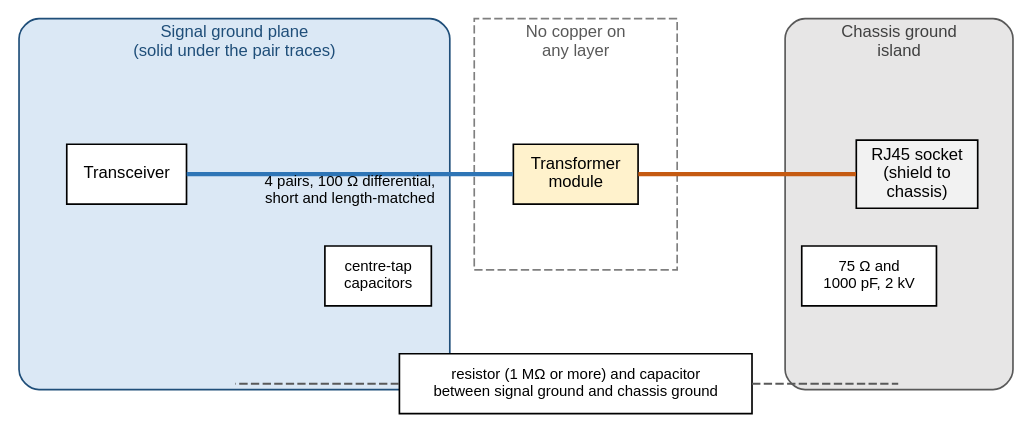
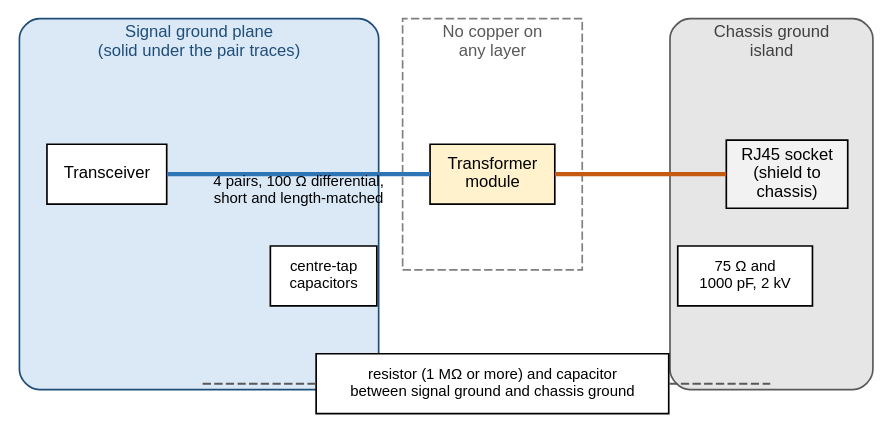
One commit to mithro/evampire changed the diagram in docs/ethernet/magnetics/layout.dot. Above: the diagram before and after it, drawn with Graphviz. The commit also changed 5 other files, not shown here.

Commit message:
Redraw magnetics diagrams to fit the page width; add capacitor-coupled front end

```diff
--- a/docs/ethernet/magnetics/layout.dot
+++ b/docs/ethernet/magnetics/layout.dot
@@ -1,49 +1,49 @@
 // Top view of the board areas around one Ethernet port.
 //
 // SPDX-License-Identifier: Apache-2.0
 
 graph layout_regions {
     graph [layout=neato, splines=line, fontname="Helvetica", fontsize=11,
            outputorder=nodesfirst];
     node  [fontname="Helvetica", fontsize=10, pin=true];
     edge  [fontname="Helvetica", fontsize=9, penwidth=1.3];
 
     // Board areas, drawn as large boxes behind the parts.
-    gnd [pos="1.4,0.75!", shape=box, style="filled,rounded", fillcolor="#dbe8f5",
-         color="#1f4e79", width=3.6, height=3.1, fixedsize=true,
+    gnd [pos="1.20,0.75!", shape=box, style="filled,rounded", fillcolor="#dbe8f5",
+         color="#1f4e79", width=3.0, height=3.1, fixedsize=true,
          label="", xlabel=""];
-    gnd_t [pos="1.4,2.1!", shape=plain, fontcolor="#1f4e79",
+    gnd_t [pos="1.20,2.1!", shape=plain, fontcolor="#1f4e79",
            label="Signal ground plane\n(solid under the pair traces)"];
 
-    keep [pos="4.25,1.25!", shape=box, style="filled,dashed", fillcolor="#ffffff",
-          color="#7f7f7f", width=1.7, height=2.1, fixedsize=true, label=""];
-    keep_t [pos="4.25,2.1!", shape=plain, fontcolor="#595959",
+    keep [pos="3.65,1.25!", shape=box, style="filled,dashed", fillcolor="#ffffff",
+          color="#7f7f7f", width=1.5, height=2.1, fixedsize=true, label=""];
+    keep_t [pos="3.65,2.1!", shape=plain, fontcolor="#595959",
             label="No copper on\nany layer"];
 
-    chas [pos="6.95,0.75!", shape=box, style="filled,rounded", fillcolor="#e7e6e6",
-          color="#595959", width=1.9, height=3.1, fixedsize=true, label=""];
-    chas_t [pos="6.95,2.1!", shape=plain, fontcolor="#404040",
+    chas [pos="5.98,0.75!", shape=box, style="filled,rounded", fillcolor="#e7e6e6",
+          color="#595959", width=1.7, height=3.1, fixedsize=true, label=""];
+    chas_t [pos="5.98,2.1!", shape=plain, fontcolor="#404040",
             label="Chassis ground\nisland"];
 
     // Parts.
-    phy  [pos="0.5,1.0!", shape=box, style=filled, fillcolor="#ffffff",
+    phy  [pos="0.43,1.0!", shape=box, style=filled, fillcolor="#ffffff",
           label="Transceiver"];
-    cct  [pos="2.6,0.15!", shape=box, style=filled, fillcolor="#ffffff",
+    cct  [pos="2.24,0.15!", shape=box, style=filled, fillcolor="#ffffff",
           fontsize=9, label="centre-tap\ncapacitors"];
-    xfmr [pos="4.25,1.0!", shape=box, style=filled, fillcolor="#fff2cc",
+    xfmr [pos="3.65,1.0!", shape=box, style=filled, fillcolor="#fff2cc",
           label="Transformer\nmodule"];
-    rj45 [pos="7.1,1.0!", shape=box, style=filled, fillcolor="#f2f2f2",
+    rj45 [pos="6.11,1.0!", shape=box, style=filled, fillcolor="#f2f2f2",
           label="RJ45 socket\n(shield to\nchassis)"];
-    bs   [pos="6.7,0.15!", shape=box, style=filled, fillcolor="#ffffff",
+    bs   [pos="5.76,0.15!", shape=box, style=filled, fillcolor="#ffffff",
           fontsize=9, label="75 Ω and\n1000 pF, 2 kV"];
-    rc   [pos="4.25,-0.75!", shape=box, style=filled, fillcolor="#ffffff",
+    rc   [pos="3.65,-0.75!", shape=box, style=filled, fillcolor="#ffffff",
           fontsize=9, label="resistor (1 MΩ or more) and capacitor\nbetween signal ground and chassis ground"];
-    rcl  [pos="1.4,-0.75!", shape=point, width=0.01, height=0.01, style=invis];
-    rcr  [pos="6.95,-0.75!", shape=point, width=0.01, height=0.01, style=invis];
+    rcl  [pos="1.20,-0.75!", shape=point, width=0.01, height=0.01, style=invis];
+    rcr  [pos="5.98,-0.75!", shape=point, width=0.01, height=0.01, style=invis];
 
     phy -- xfmr [label="4 pairs, 100 Ω differential,\nshort and length-matched",
                  penwidth=2.5, color="#2e75b6"];
     xfmr -- rj45 [penwidth=2.5, color="#c55a11"];
     rc -- rcl [style=dashed, color="#595959"];
     rc -- rcr [style=dashed, color="#595959"];
 }
```
